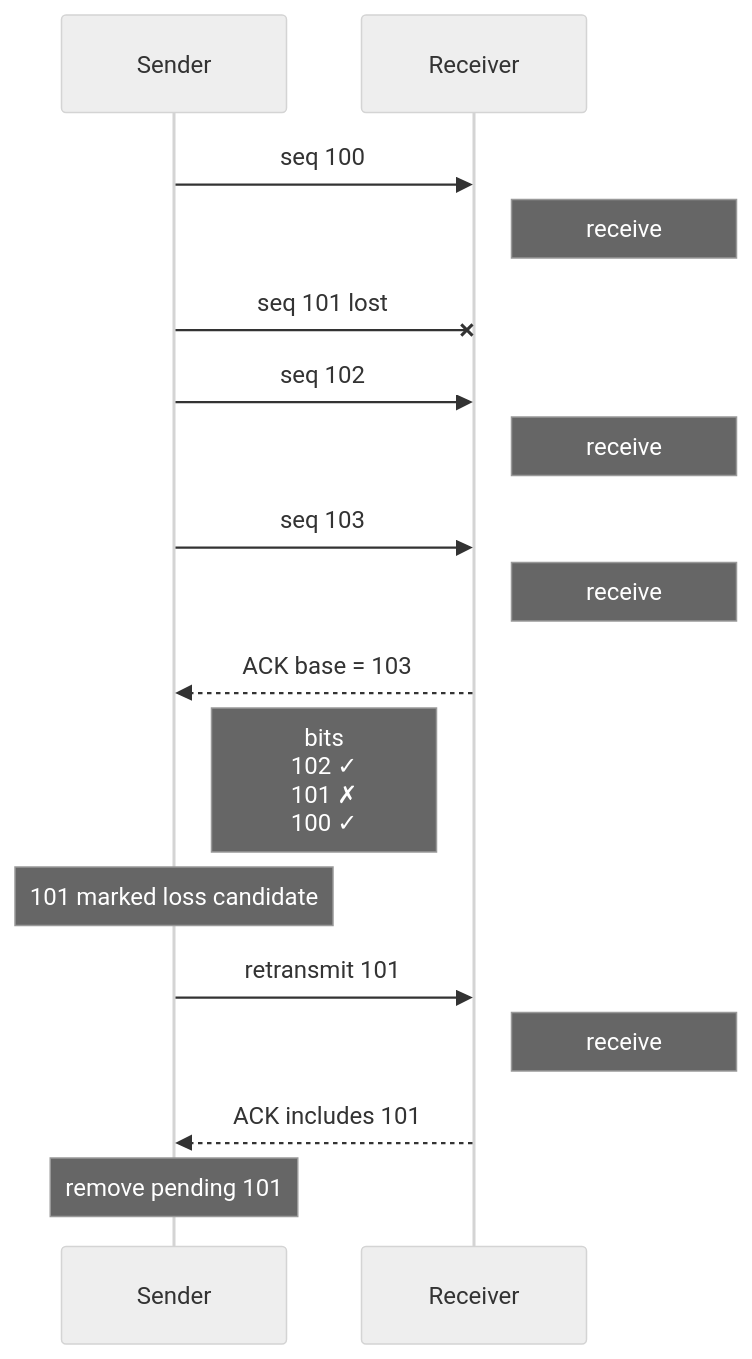
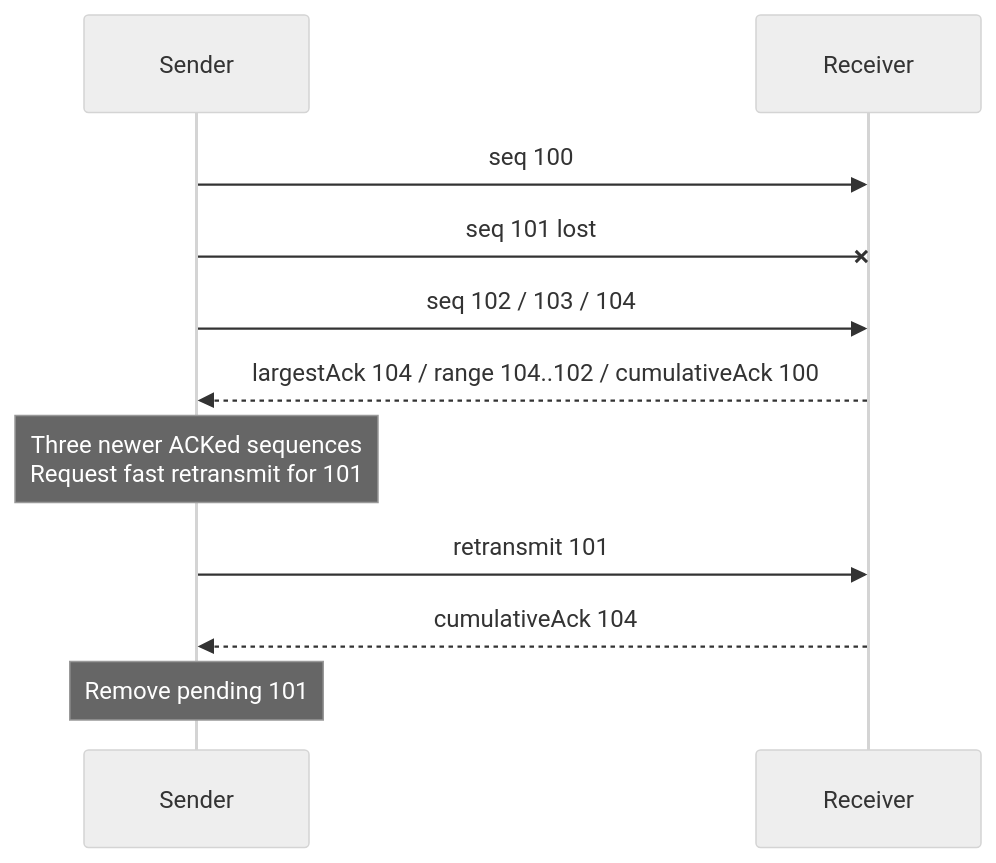
One commit to akxotjr/akxotjr.github.io changed the second of 2 diagrams in content/Projects/Jam/Networking/04. Reliable Datagram Delivery.md. Above: the diagram before and after it, drawn with Mermaid (neutral theme). The commit also changed other lines of this file and 34 other files, not shown here.

````diff
--- a/content/Projects/Jam/Networking/04. Reliable Datagram Delivery.md
+++ b/content/Projects/Jam/Networking/04. Reliable Datagram Delivery.md
@@ -122,28 +90,13 @@
 ```mermaid
 sequenceDiagram
     participant S as Sender
     participant R as Receiver
-
     S->>R: seq 100
-    Note right of R: receive
-
     S-xR: seq 101 lost
-
-    S->>R: seq 102
-    Note right of R: receive
-
-    S->>R: seq 103
-    Note right of R: receive
-
-    R-->>S: ACK base = 103
-    Note left of R: bits<br/>102 ✓<br/>101 ✗<br/>100 ✓
-
-    Note over S: 101 marked loss candidate
-
+    S->>R: seq 102 / 103 / 104
+    R-->>S: largestAck 104 / range 104..102 / cumulativeAck 100
+    Note over S: Three newer ACKed sequences<br/>Request fast retransmit for 101
     S->>R: retransmit 101
-    Note right of R: receive
-
-    R-->>S: ACK includes 101
-
-    Note over S: remove pending 101
+    R-->>S: cumulativeAck 104
+    Note over S: Remove pending 101
 ```
````
